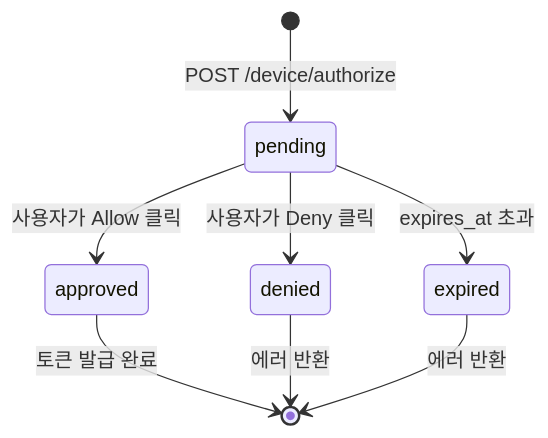
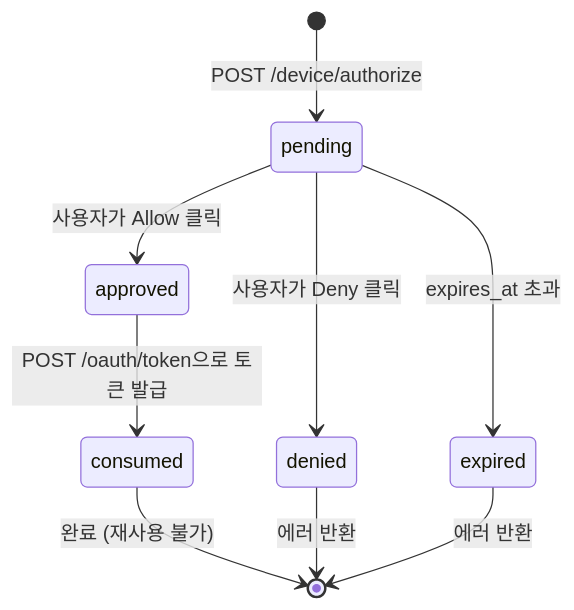
One commit to cagojeiger/authgate changed the second of 2 diagrams in docs/spec/003-device-login.md. Above: the diagram before and after it, drawn with Mermaid. The commit also changed other lines of this file and 10 other files, not shown here.

````diff
--- a/docs/spec/003-device-login.md
+++ b/docs/spec/003-device-login.md
@@ -80,10 +102,11 @@
 ```mermaid
 stateDiagram-v2
     [*] --> pending: POST /device/authorize
     pending --> approved: 사용자가 Allow 클릭
     pending --> denied: 사용자가 Deny 클릭
     pending --> expired: expires_at 초과
-    approved --> [*]: 토큰 발급 완료
+    approved --> consumed: POST /oauth/token으로 토큰 발급
+    consumed --> [*]: 완료 (재사용 불가)
     denied --> [*]: 에러 반환
     expired --> [*]: 에러 반환
 ```
````
